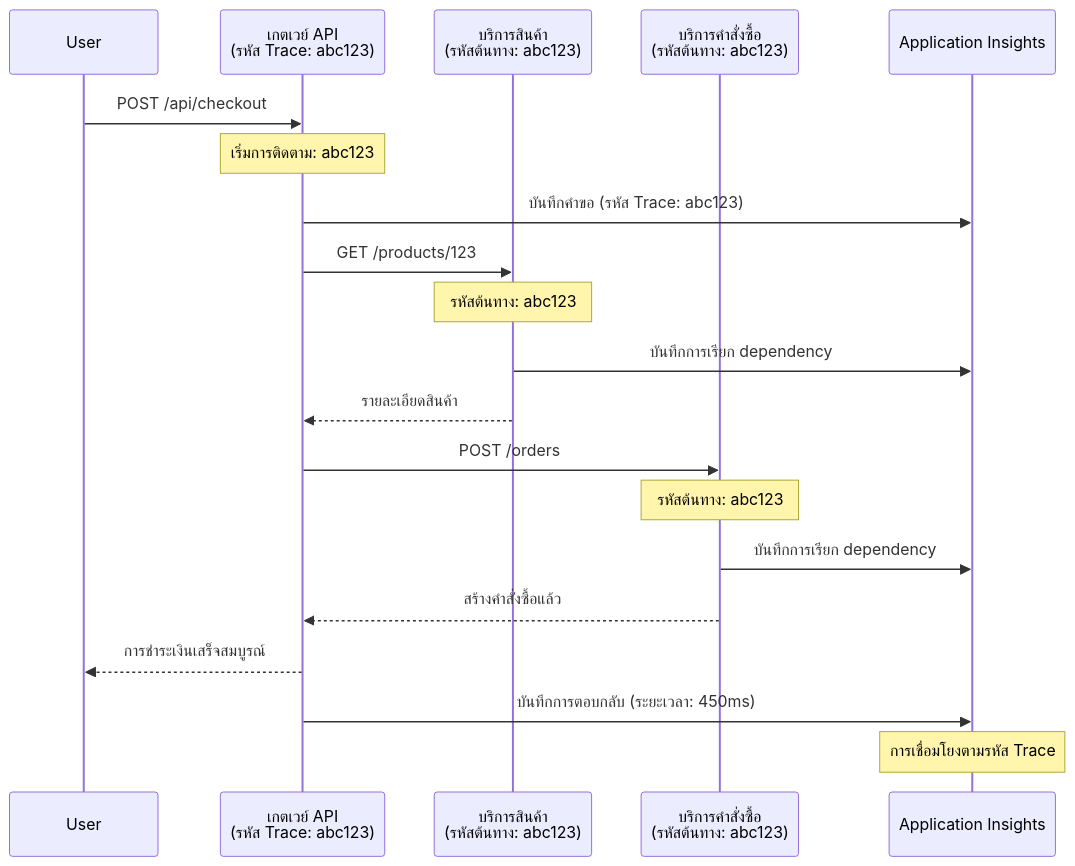
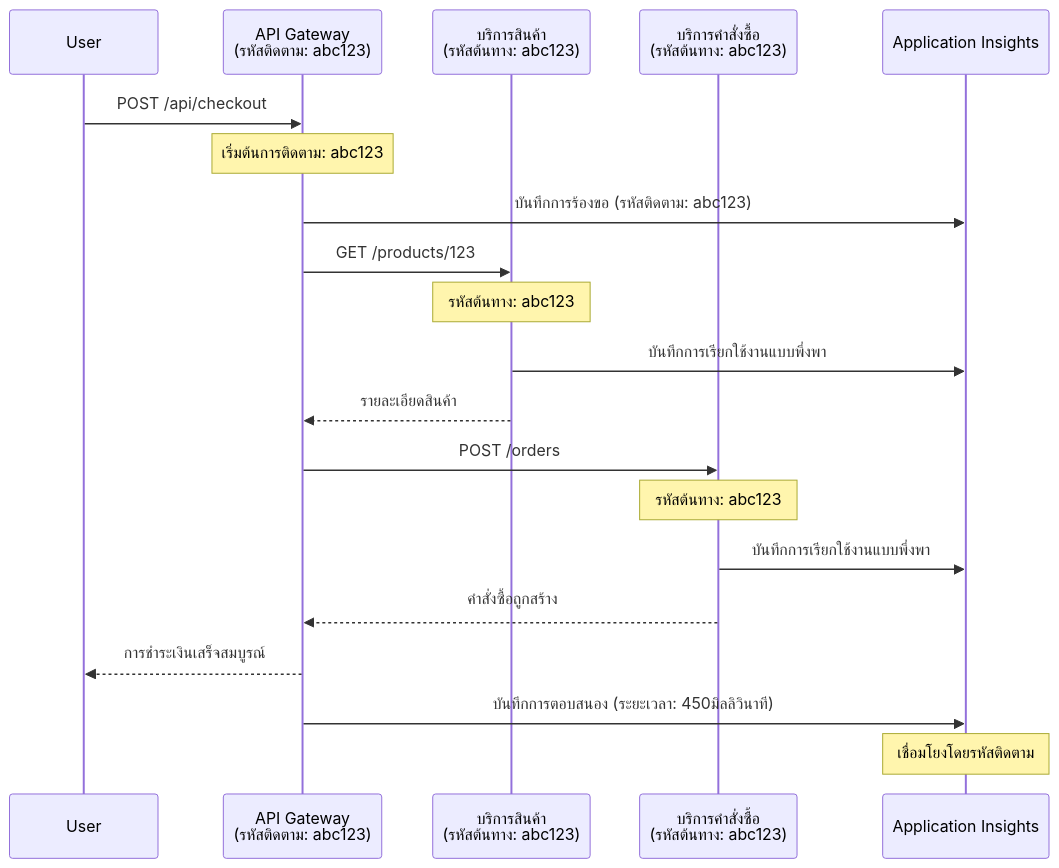
One commit to microsoft/AZD-for-beginners changed the second of 2 diagrams in translations/th/docs/chapter-06-pre-deployment/application-insights.md. Above: the diagram before and after it, drawn with Mermaid. The commit also changed other lines of this file and 101 other files, not shown here.

````diff
--- a/translations/th/docs/chapter-06-pre-deployment/application-insights.md
+++ b/translations/th/docs/chapter-06-pre-deployment/application-insights.md
@@ -744,27 +744,27 @@
 ```mermaid
 sequenceDiagram
     participant User
-    participant Gateway as เกตเวย์ API<br/>(รหัส Trace: abc123)
+    participant Gateway as API Gateway<br/>(รหัสติดตาม: abc123)
     participant Product as บริการสินค้า<br/>(รหัสต้นทาง: abc123)
     participant Order as บริการคำสั่งซื้อ<br/>(รหัสต้นทาง: abc123)
     participant AppInsights as Application Insights
     
     User->>Gateway: POST /api/checkout
-    Note over Gateway: เริ่มการติดตาม: abc123
-    Gateway->>AppInsights: บันทึกคำขอ (รหัส Trace: abc123)
+    Note over Gateway: เริ่มต้นการติดตาม: abc123
+    Gateway->>AppInsights: บันทึกการร้องขอ (รหัสติดตาม: abc123)
     
     Gateway->>Product: GET /products/123
     Note over Product: รหัสต้นทาง: abc123
-    Product->>AppInsights: บันทึกการเรียก dependency
+    Product->>AppInsights: บันทึกการเรียกใช้งานแบบพึ่งพา
     Product-->>Gateway: รายละเอียดสินค้า
     
     Gateway->>Order: POST /orders
     Note over Order: รหัสต้นทาง: abc123
-    Order->>AppInsights: บันทึกการเรียก dependency
-    Order-->>Gateway: สร้างคำสั่งซื้อแล้ว
+    Order->>AppInsights: บันทึกการเรียกใช้งานแบบพึ่งพา
+    Order-->>Gateway: คำสั่งซื้อถูกสร้าง
     
     Gateway-->>User: การชำระเงินเสร็จสมบูรณ์
-    Gateway->>AppInsights: บันทึกการตอบกลับ (ระยะเวลา: 450ms)
+    Gateway->>AppInsights: บันทึกการตอบสนอง (ระยะเวลา: 450มิลลิวินาที)
     
-    Note over AppInsights: การเชื่อมโยงตามรหัส Trace
+    Note over AppInsights: เชื่อมโยงโดยรหัสติดตาม
 ```
````
